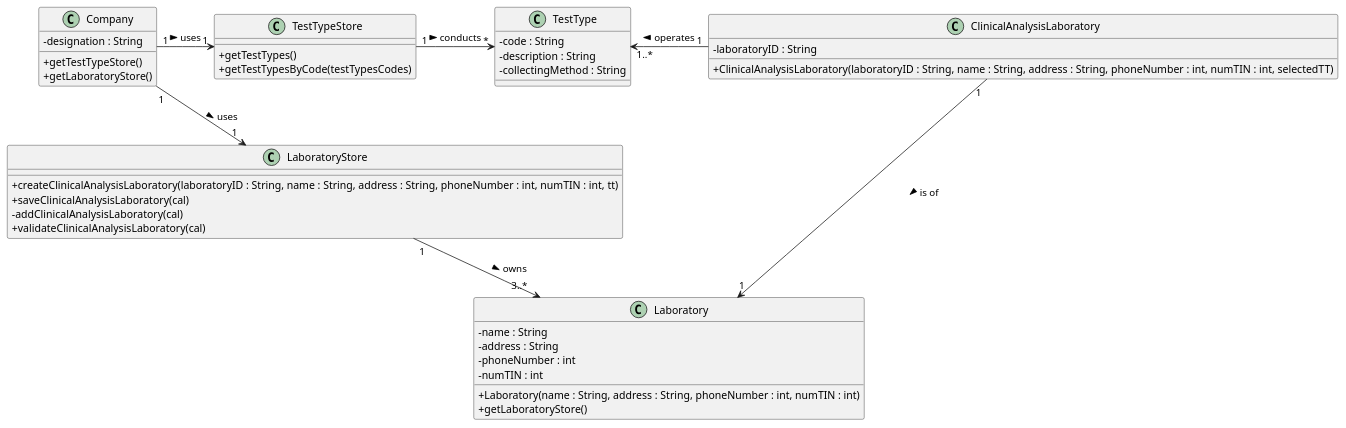
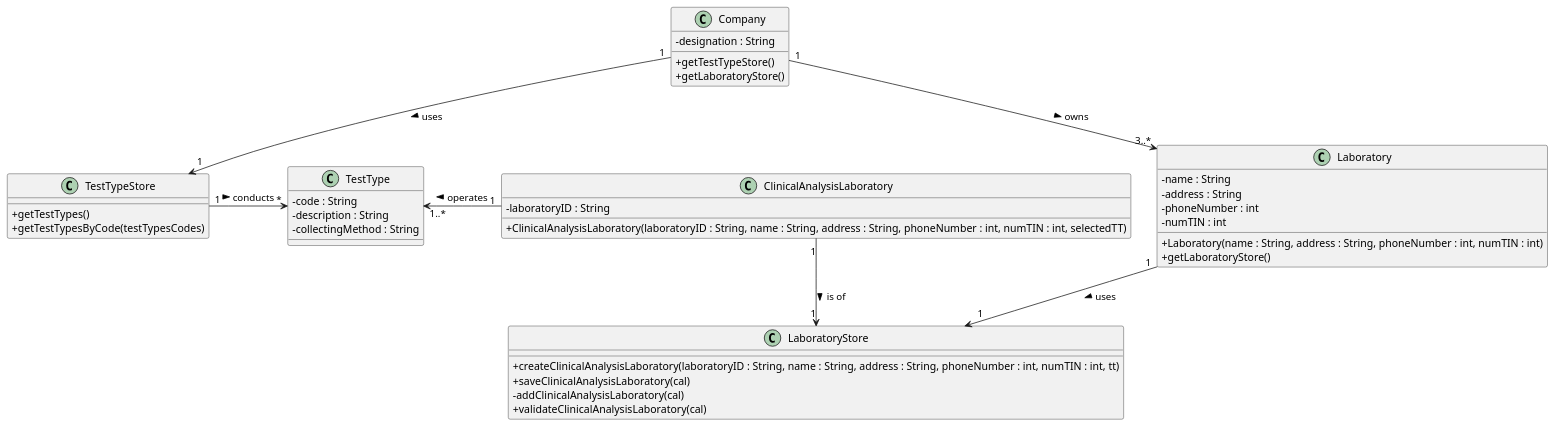
The diagram in docs/SprintB/US_8/US8_CD.puml (ana-albergaria/LAPR2-ISEP), drawn with PlantUML before and after one commit. The commit also changed 5 other files, not shown here.

Commit message:
Adding a LaboratoryStore and fixing code accordingly

```diff
--- a/docs/SprintB/US_8/US8_CD.puml
+++ b/docs/SprintB/US_8/US8_CD.puml
@@ -1,92 +1,94 @@
 @startuml
 skinparam classAttributeIconSize 0
 
 /'
 class App {
 +{static} getInstance() : App
 +getCurrentSession() : UserSession
 }
 '/
 /'
 class UserSession {
 +isLoggedInWithRole() : boolean
 }
 '/
 
 class Laboratory {
 -name : String
 -address : String
 -phoneNumber : int
 -numTIN : int
 +Laboratory(name : String, address : String, phoneNumber : int, numTIN : int)
 +getLaboratoryStore()
 }
 
 class ClinicalAnalysisLaboratory {
 -laboratoryID : String
 +ClinicalAnalysisLaboratory(laboratoryID : String, name : String, address : String, phoneNumber : int, numTIN : int, selectedTT)
 }
 
 class TestType {
 - code : String
 - description : String
 - collectingMethod : String
 }
 
 class Company {
 -designation : String
 +getTestTypeStore()
 +getLaboratoryStore()
 /'+getTestTypes()
 +getTestTypesByDesignation(selectedTestTypes)'/
 }
 
 class TestTypeStore {
 +getTestTypes()
 +getTestTypesByCode(testTypesCodes)
 }
 
 class LaboratoryStore {
 +createClinicalAnalysisLaboratory(laboratoryID : String, name : String, address : String, phoneNumber : int, numTIN : int, tt)
 +saveClinicalAnalysisLaboratory(cal)
 -addClinicalAnalysisLaboratory(cal)
 +validateClinicalAnalysisLaboratory(cal)
 }
 
 /'class RegisterNewCalController {
 +getTestTypes()
 +createClinicalAnalysisLaboratory(laboratoryID : String, name : String, address : String, phoneNumber : int, numTIN : int, testTypesDesignations)
 +saveClinicalAnalysisLaboratory()
 }'/
 
 /'class RegisterNewCalUI {}'/
 
 /'RegisterNewCalUI ..> RegisterNewCalController'/
 /'RegisterNewCalController ..> Laboratory
 RegisterNewCalController ..> TestType
 RegisterNewCalController ..> ClinicalAnalysisLaboratory
 RegisterNewCalController ..> Company'/
 /'RegisterNewCalController ..> App
 RegisterNewCalController ..> UserSession'/
 
 
 
 Company "1" -> "1" TestTypeStore : uses >
 TestTypeStore "1" -> "*" TestType : conducts >
 /'VERIFICAR MULTIPLICIDADE LINHA ABAIXO'/
-ClinicalAnalysisLaboratory "1" --> "1" Laboratory : is of >
-Company "1" -> "1" LaboratoryStore : uses >
-LaboratoryStore "1" --> "3..*" Laboratory : owns >
+ClinicalAnalysisLaboratory "1" --> "1" LaboratoryStore : is of >
+Laboratory "1" --> "1" LaboratoryStore : uses >
+Company "1" --> "3..*" Laboratory : owns >
 ClinicalAnalysisLaboratory "1" -> "1..*" TestType : operates >
 
 TestTypeStore -[hidden]-> LaboratoryStore
 
 TestType -[hidden]down-> ClinicalAnalysisLaboratory
+
+
 
 /'Laboratory <|-- ClinicalAnalysisLaboratory'/
 
 
 
 
 
 @enduml
```
